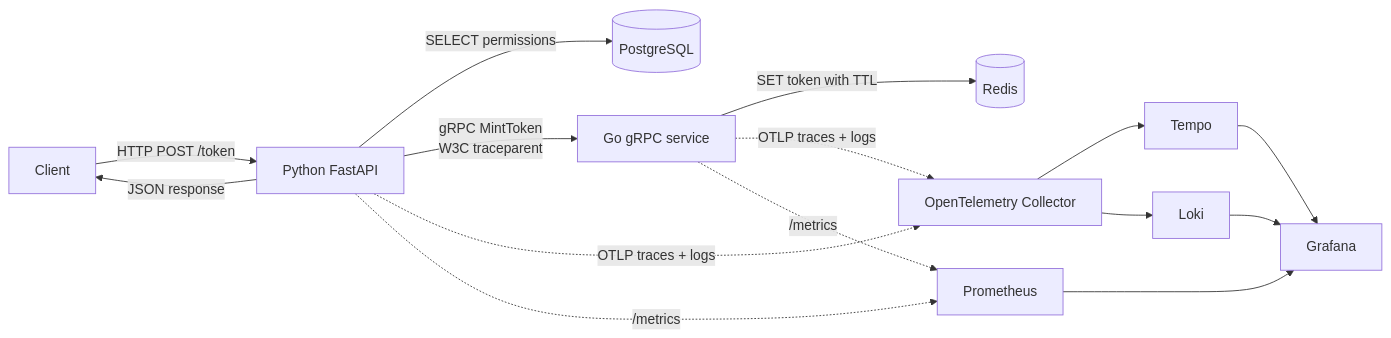
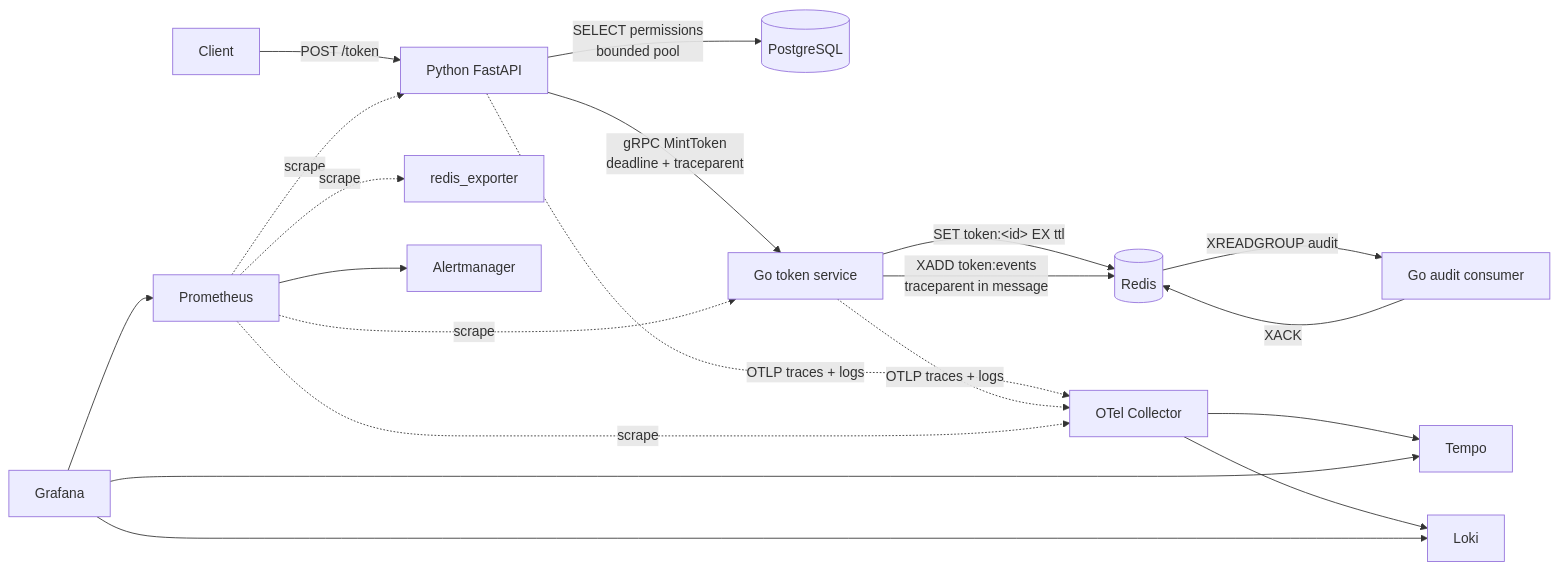
Before and after one commit to poojasalot/sre-assignment: the first of 2 diagrams in README.md, drawn with Mermaid. The commit also changed other lines of this file and 61 other files, not shown here.

````diff
--- a/README.md
+++ b/README.md
@@ -8,18 +19,19 @@
 ```mermaid
 flowchart LR
-  C[Client] -->|HTTP POST /token| P[Python FastAPI]
-  P -->|SELECT permissions| PG[(PostgreSQL)]
-  P -->|gRPC MintToken<br/>W3C traceparent| G[Go gRPC service]
-  G -->|SET token with TTL| R[(Redis)]
-  P -->|JSON response| C
+  C[Client] -->|POST /token| P[Python FastAPI]
+  P -->|SELECT permissions<br/>bounded pool| PG[(PostgreSQL)]
+  P -->|gRPC MintToken<br/>deadline + traceparent| G[Go token service]
+  G -->|SET token:&lt;id&gt; EX ttl| R[(Redis)]
+  G -->|XADD token:events<br/>traceparent in message| R
+  R -->|XREADGROUP audit| W[Go audit consumer]
+  W -->|XACK| R
 
-  P -. OTLP traces + logs .-> O[OpenTelemetry Collector]
+  P -. OTLP traces + logs .-> O[OTel Collector]
   G -. OTLP traces + logs .-> O
   O --> T[Tempo]
   O --> L[Loki]
-  P -. /metrics .-> PR[Prometheus]
-  G -. /metrics .-> PR
-  PR --> GR[Grafana]
-  T --> GR
-  L --> GR
+  PR[Prometheus] -. scrape .-> P & G & O
+  PR -. scrape .-> RE[redis_exporter]
+  PR --> AM[Alertmanager]
+  GR[Grafana] --> PR & L & T
 ```
````
